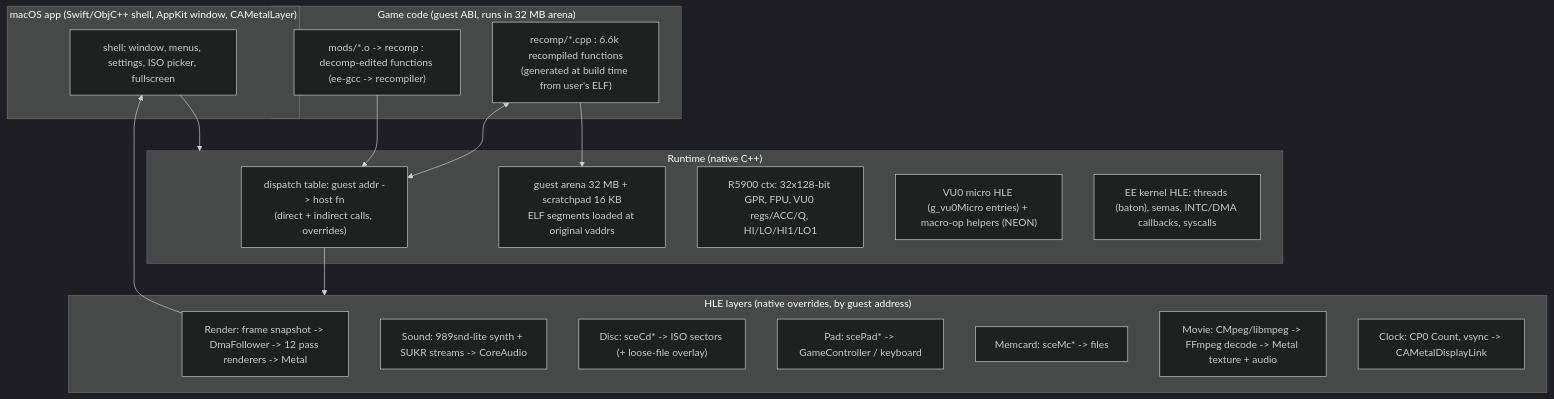
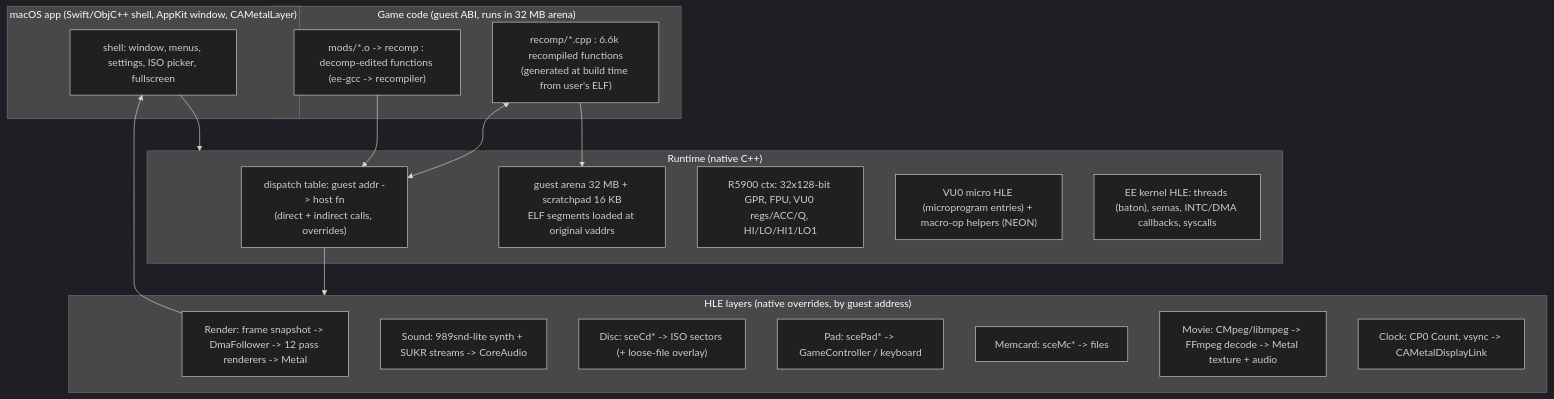
One commit to brc7/sly2-decomp changed the first of 3 diagrams in docs/guides/port-plan.md. Above: the diagram before and after it, drawn with Mermaid (dark theme). The commit also changed other lines of this file and 16 other files, not shown here.

````diff
--- a/docs/guides/port-plan.md
+++ b/docs/guides/port-plan.md
@@ -107,32 +107,32 @@
 ```mermaid
 flowchart TB
   subgraph Host["macOS app (Swift/ObjC++ shell, AppKit window, CAMetalLayer)"]
     UI["shell: window, menus, settings, ISO picker, fullscreen"]
   end
   subgraph Game["Game code (guest ABI, runs in 32 MB arena)"]
     R["recomp/*.cpp : 6.6k recompiled functions<br/>(generated at build time from user's ELF)"]
     M["mods/*.o -> recomp : decomp-edited functions (ee-gcc -> recompiler)"]
   end
   subgraph Rt["Runtime (native C++)"]
     D["dispatch table: guest addr -> host fn<br/>(direct + indirect calls, overrides)"]
     MEM["guest arena 32 MB + scratchpad 16 KB<br/>ELF segments loaded at original vaddrs"]
     CPU["R5900 ctx: 32x128-bit GPR, FPU, VU0 regs/ACC/Q, HI/LO/HI1/LO1"]
-    VU0["VU0 micro HLE (g_vu0Micro entries) + macro-op helpers (NEON)"]
+    VU0["VU0 micro HLE (microprogram entries) + macro-op helpers (NEON)"]
     K["EE kernel HLE: threads (baton), semas, INTC/DMA callbacks, syscalls"]
   end
   subgraph HLE["HLE layers (native overrides, by guest address)"]
     G["Render: frame snapshot -> DmaFollower -> 12 pass renderers -> Metal"]
     S["Sound: 989snd-lite synth + SUKR streams -> CoreAudio"]
     F["Disc: sceCd* -> ISO sectors (+ loose-file overlay)"]
     P["Pad: scePad* -> GameController / keyboard"]
     C["Memcard: sceMc* -> files"]
     V["Movie: CMpeg/libmpeg -> FFmpeg decode -> Metal texture + audio"]
     T["Clock: CP0 Count, vsync -> CAMetalDisplayLink"]
   end
   UI --> Rt
   R <--> D
   M --> D
   D --> HLE
   R --> MEM
   G --> UI
 ```
````
